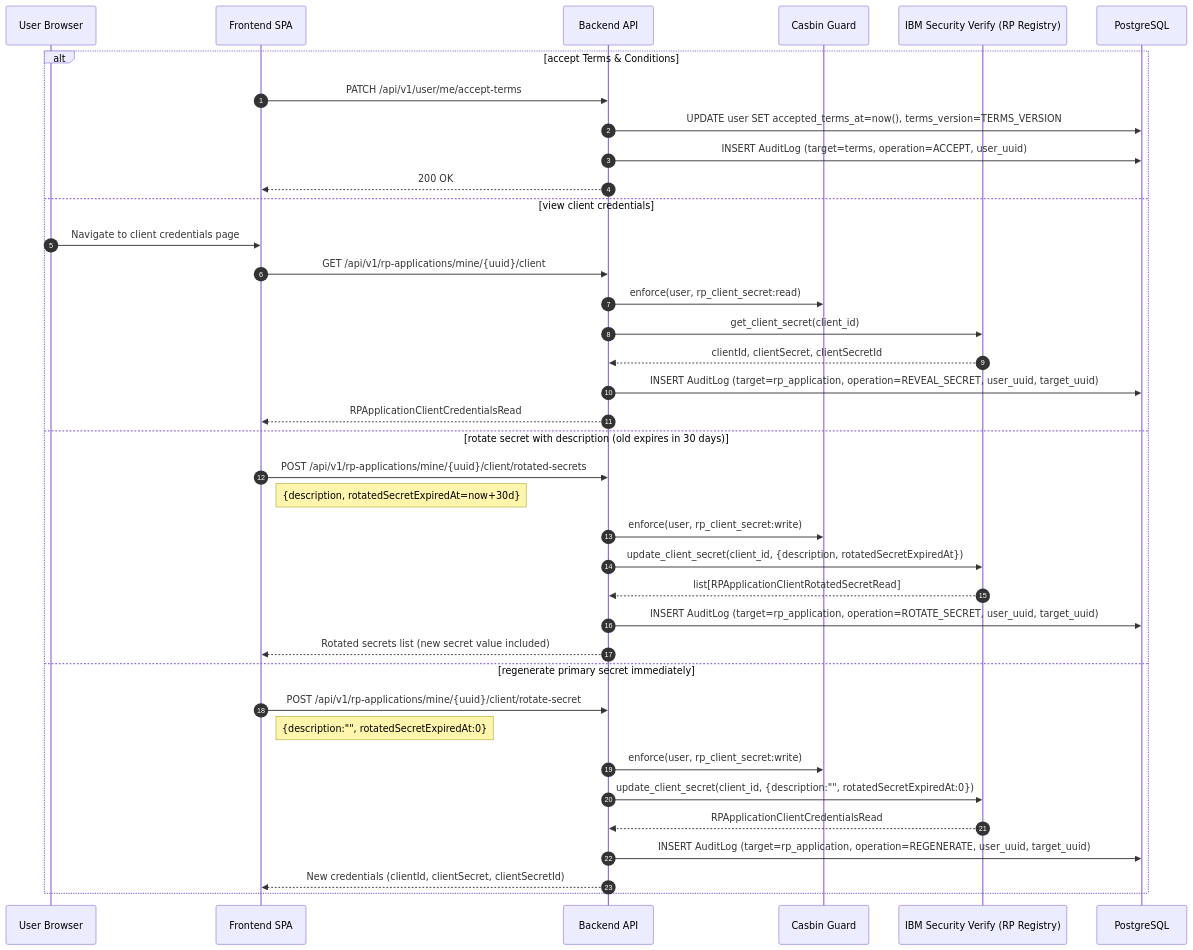
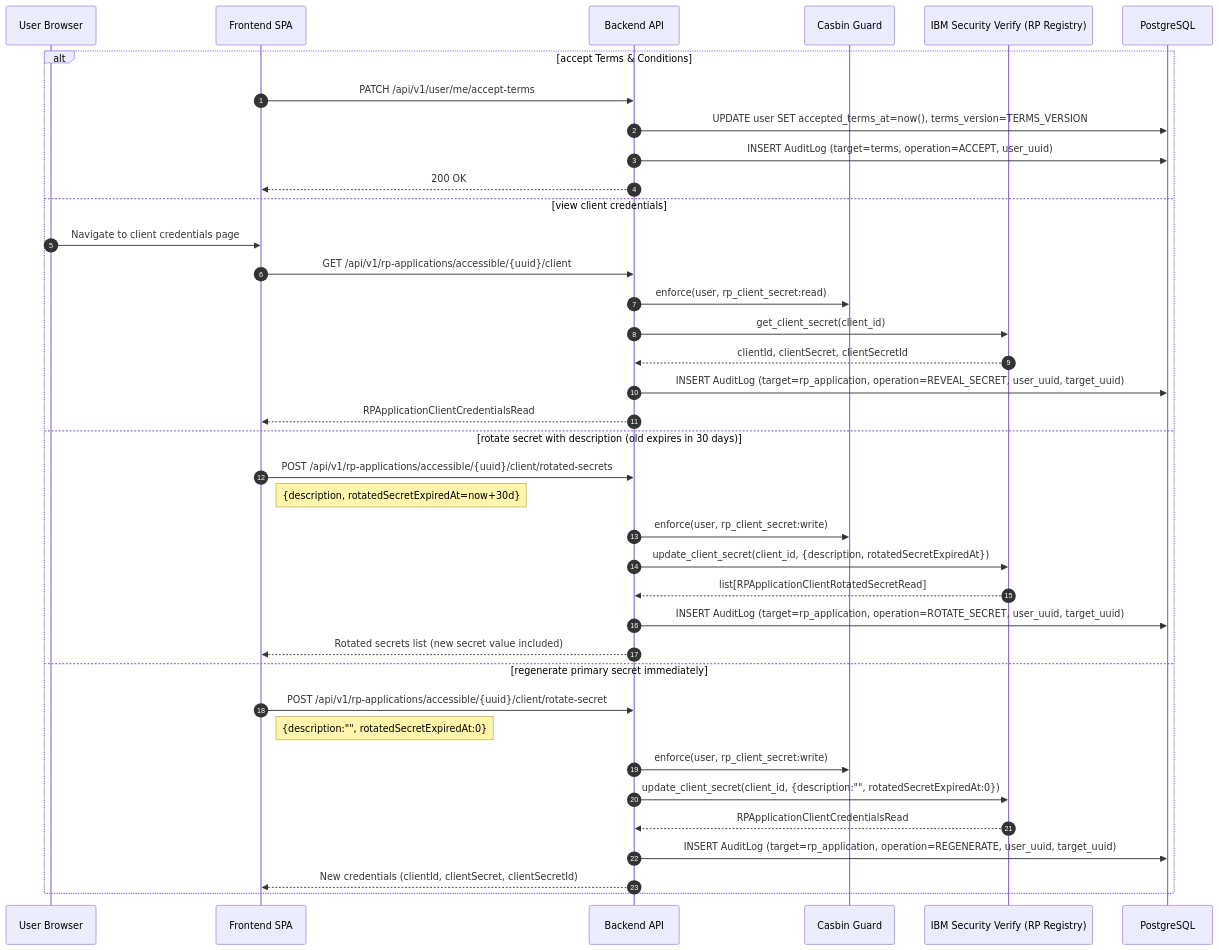
Before and after one commit to cds-snc/canadalogin-partner-portal: diagram 13 of 13 in docs/plans/partner-portal-mvp-data-flows.md, drawn with Mermaid. The commit also changed other lines of this file and 1343 other files, not shown here.

````diff
--- a/docs/plans/partner-portal-mvp-data-flows.md
+++ b/docs/plans/partner-portal-mvp-data-flows.md
@@ -376,41 +383,41 @@
 ```mermaid
 sequenceDiagram
     autonumber
     participant U as User Browser
     participant FE as Frontend SPA
     participant BE as Backend API
     participant C as Casbin Guard
     participant V as IBM Security Verify (RP Registry)
     participant DB as PostgreSQL
 
     alt accept Terms & Conditions
         FE->>BE: PATCH /api/v1/user/me/accept-terms
         BE->>DB: UPDATE user SET accepted_terms_at=now(), terms_version=TERMS_VERSION
         BE->>DB: INSERT AuditLog (target=terms, operation=ACCEPT, user_uuid)
         BE-->>FE: 200 OK
     else view client credentials
         U->>FE: Navigate to client credentials page
-        FE->>BE: GET /api/v1/rp-applications/mine/{uuid}/client
+        FE->>BE: GET /api/v1/rp-applications/accessible/{uuid}/client
         BE->>C: enforce(user, rp_client_secret:read)
         BE->>V: get_client_secret(client_id)
         V-->>BE: clientId, clientSecret, clientSecretId
         BE->>DB: INSERT AuditLog (target=rp_application, operation=REVEAL_SECRET, user_uuid, target_uuid)
         BE-->>FE: RPApplicationClientCredentialsRead
     else rotate secret with description (old expires in 30 days)
-        FE->>BE: POST /api/v1/rp-applications/mine/{uuid}/client/rotated-secrets
+        FE->>BE: POST /api/v1/rp-applications/accessible/{uuid}/client/rotated-secrets
         Note right of FE: {description, rotatedSecretExpiredAt=now+30d}
         BE->>C: enforce(user, rp_client_secret:write)
         BE->>V: update_client_secret(client_id, {description, rotatedSecretExpiredAt})
         V-->>BE: list[RPApplicationClientRotatedSecretRead]
         BE->>DB: INSERT AuditLog (target=rp_application, operation=ROTATE_SECRET, user_uuid, target_uuid)
         BE-->>FE: Rotated secrets list (new secret value included)
     else regenerate primary secret immediately
-        FE->>BE: POST /api/v1/rp-applications/mine/{uuid}/client/rotate-secret
+        FE->>BE: POST /api/v1/rp-applications/accessible/{uuid}/client/rotate-secret
         Note right of FE: {description:"", rotatedSecretExpiredAt:0}
         BE->>C: enforce(user, rp_client_secret:write)
         BE->>V: update_client_secret(client_id, {description:"", rotatedSecretExpiredAt:0})
         V-->>BE: RPApplicationClientCredentialsRead
         BE->>DB: INSERT AuditLog (target=rp_application, operation=REGENERATE, user_uuid, target_uuid)
         BE-->>FE: New credentials (clientId, clientSecret, clientSecretId)
     end
 ```
````
